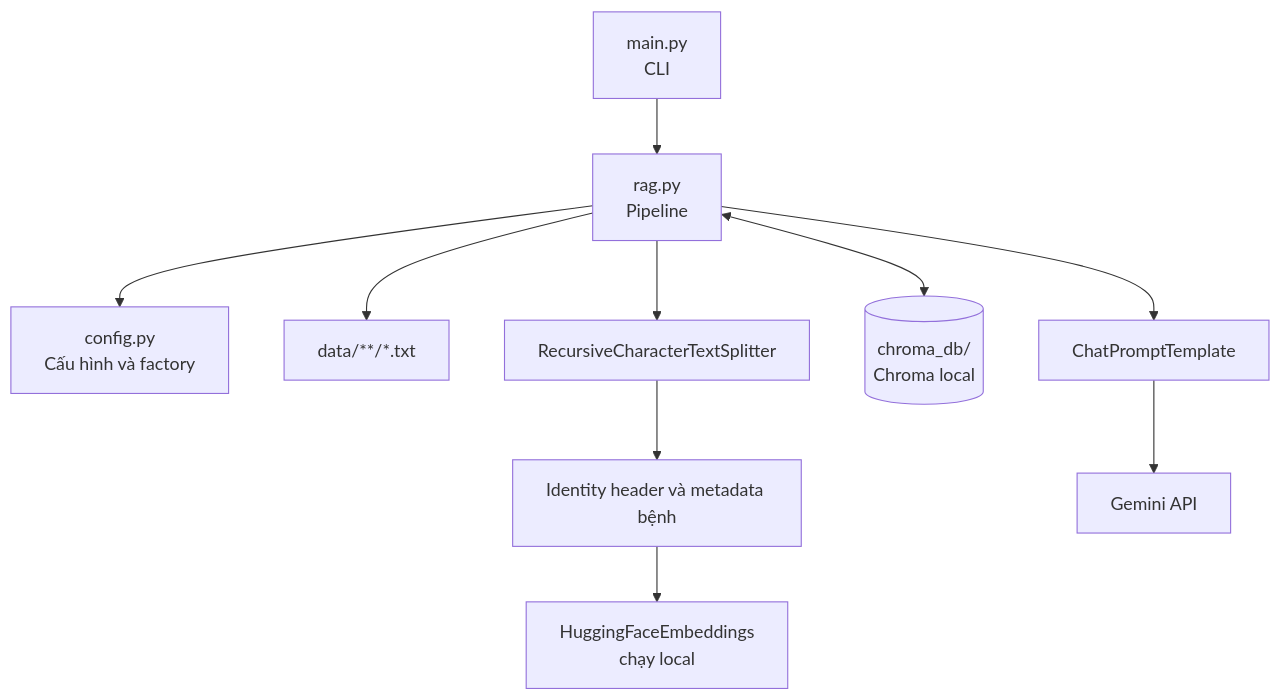
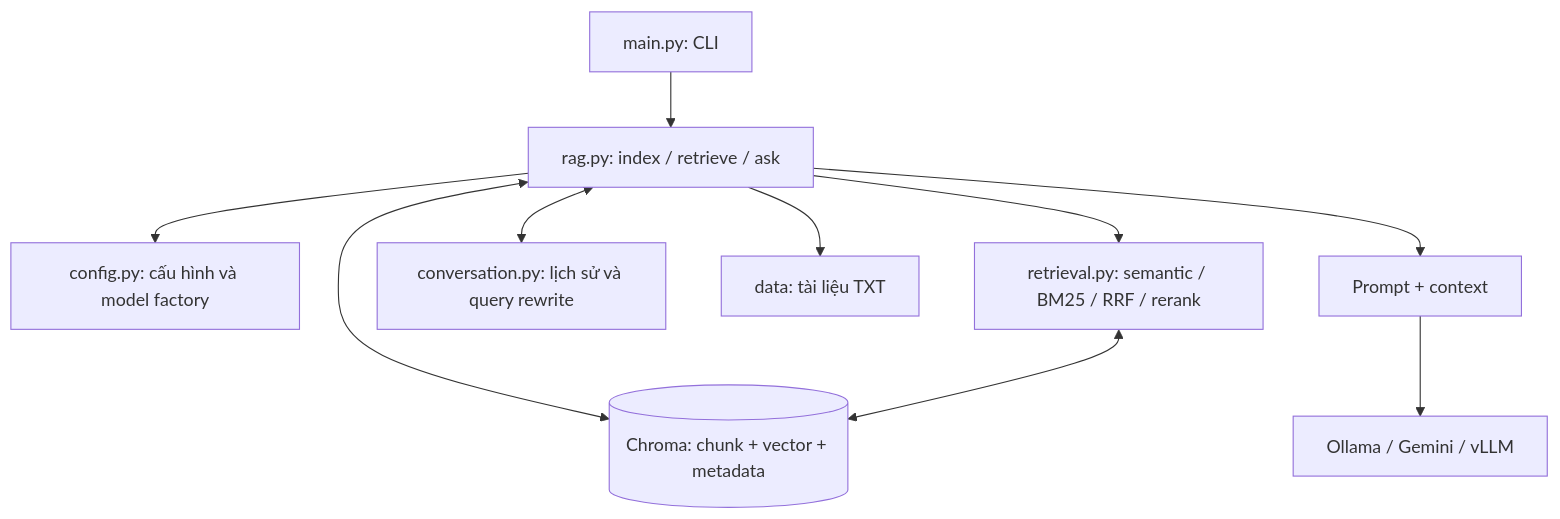
One commit to thuanngza2203/capstone-project-039-253 changed the diagram in RAG-module/docs/ARCHITECTURE.md. Above: the diagram before and after it, drawn with Mermaid. The commit also changed other lines of this file and 56 other files, not shown here.

````diff
--- a/RAG-module/docs/ARCHITECTURE.md
+++ b/RAG-module/docs/ARCHITECTURE.md
@@ -9,12 +7,12 @@
 ```mermaid
 flowchart TD
-    CLI[main.py\nCLI] --> RAG[rag.py\nPipeline]
-    RAG --> CFG[config.py\nCấu hình và factory]
-    RAG --> DATA[data/**/*.txt]
-    RAG --> SPLIT[RecursiveCharacterTextSplitter]
-    SPLIT --> ID[Identity header và metadata bệnh]
-    ID --> EMBED[HuggingFaceEmbeddings\nchạy local]
-    RAG <--> CHROMA[(chroma_db/\nChroma local)]
-    RAG --> PROMPT[ChatPromptTemplate]
-    PROMPT --> GEMINI[Gemini API]
+    CLI[main.py: CLI] --> RAG[rag.py: index / retrieve / ask]
+    RAG --> CFG[config.py: cấu hình và model factory]
+    RAG --> RET[retrieval.py: semantic / BM25 / RRF / rerank]
+    RAG <--> MEM[conversation.py: lịch sử và query rewrite]
+    RAG --> DATA[data: tài liệu TXT]
+    RAG <--> DB[(Chroma: chunk + vector + metadata)]
+    RET <--> DB
+    RAG --> PROMPT[Prompt + context]
+    PROMPT --> LLM[Ollama / Gemini / vLLM]
 ```
````
